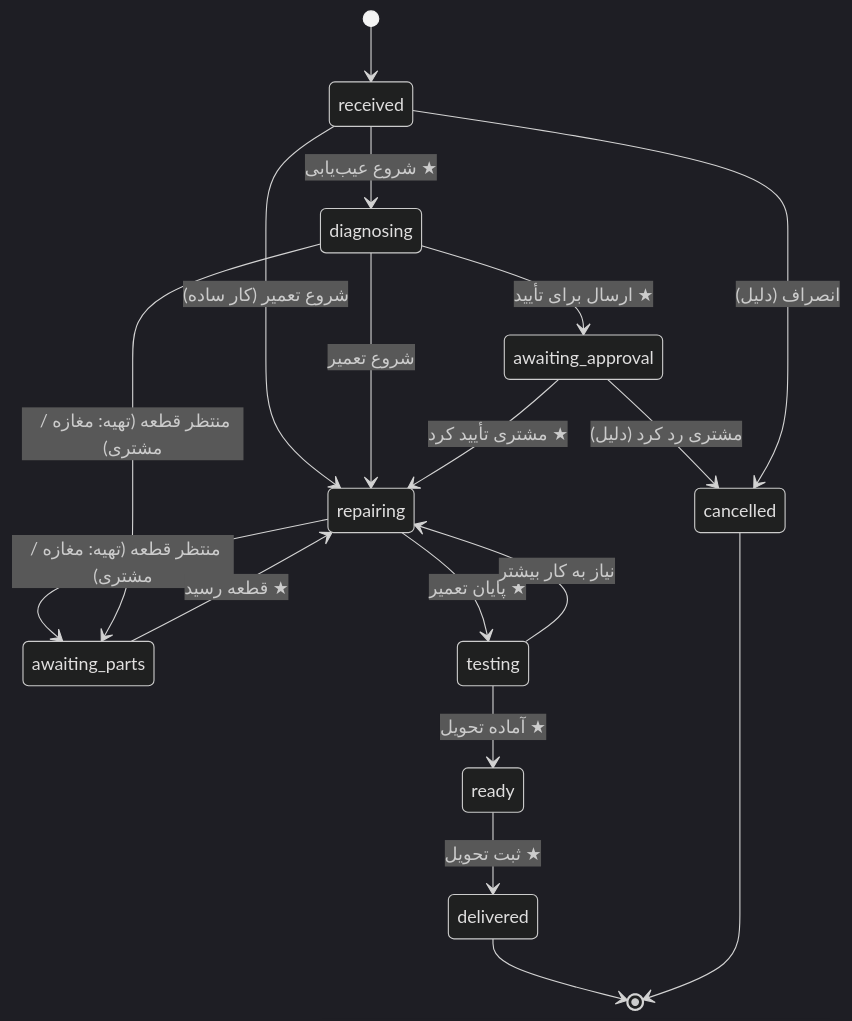
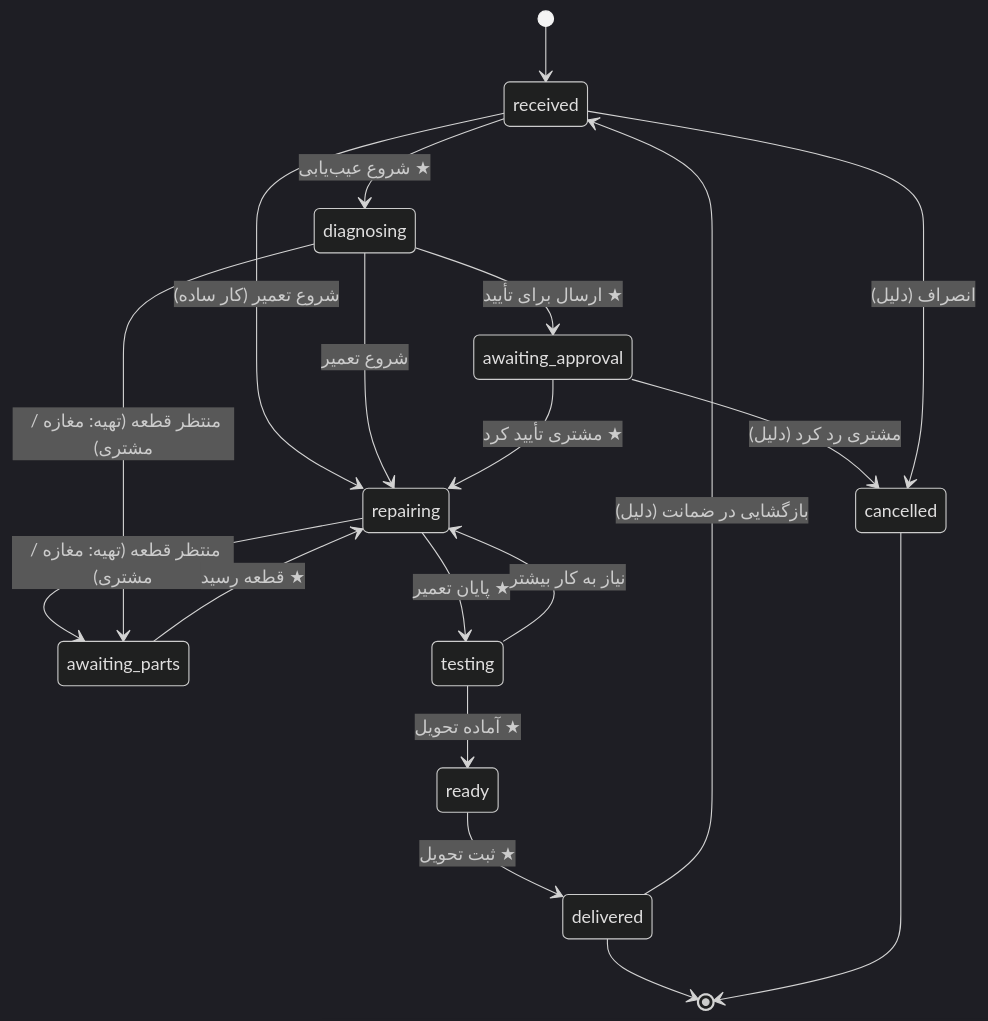
The second of 2 diagrams in docs/03-domain-model.md (RezaHakimi1921/arte-service), drawn with Mermaid (dark theme) before and after one commit. The commit also changed other lines of this file and 62 other files, not shown here.

````diff
--- a/docs/03-domain-model.md
+++ b/docs/03-domain-model.md
@@ -143,20 +178,21 @@
 ```mermaid
 stateDiagram-v2
     [*] --> received
     received --> diagnosing: شروع عیب‌یابی ★
     received --> repairing: شروع تعمیر (کار ساده)
     diagnosing --> awaiting_approval: ارسال برای تأیید ★
     diagnosing --> repairing: شروع تعمیر
     awaiting_approval --> repairing: مشتری تأیید کرد ★
     awaiting_approval --> cancelled: مشتری رد کرد (دلیل)
     repairing --> awaiting_parts: منتظر قطعه (تهیه: مغازه / مشتری)
     diagnosing --> awaiting_parts: منتظر قطعه (تهیه: مغازه / مشتری)
     awaiting_parts --> repairing: قطعه رسید ★
     repairing --> testing: پایان تعمیر ★
     testing --> repairing: نیاز به کار بیشتر
     testing --> ready: آماده تحویل ★
     ready --> delivered: ثبت تحویل ★
     received --> cancelled: انصراف (دلیل)
+    delivered --> received: بازگشایی در ضمانت (دلیل)
     delivered --> [*]
     cancelled --> [*]
 ```
````
